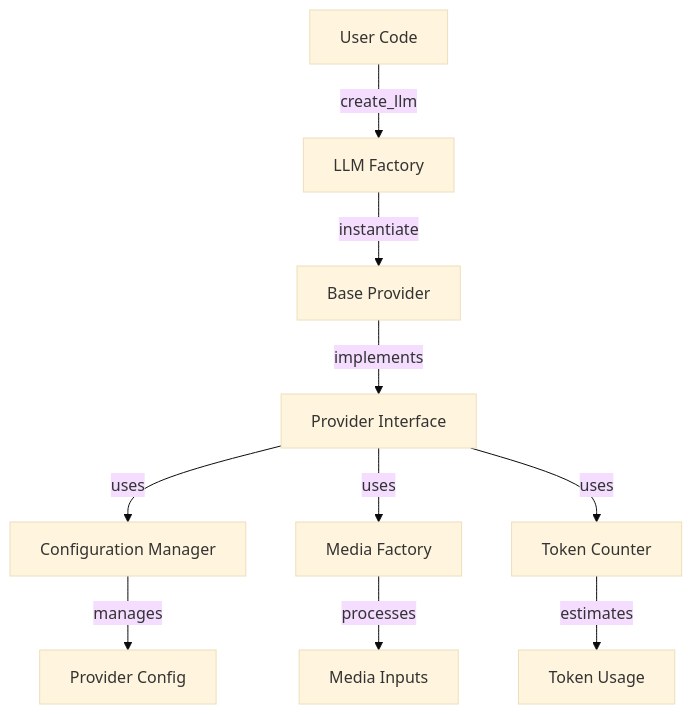
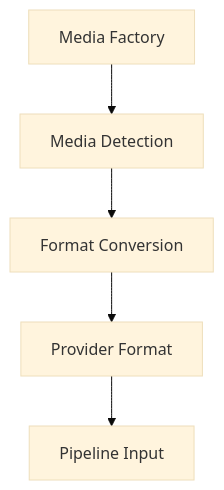
Before and after one commit to lpalbou/AbstractLLM: the fourth of 9 diagrams in docs/architecture.md, drawn with Mermaid (base theme). The commit also changed other lines of this file and 45 other files, not shown here.

````diff
--- a/docs/architecture.md
+++ b/docs/architecture.md
@@ -7,12 +82,7 @@
 ```mermaid
-flowchart TD
-    A[User Code] -->|create_llm| B[LLM Factory]
-    B -->|instantiate| C[Base Provider]
-    C -->|implements| D[Provider Interface]
-    D -->|uses| E[Configuration Manager]
-    D -->|uses| F[Media Factory]
-    D -->|uses| G[Token Counter]
-    E -->|manages| H[Provider Config]
-    F -->|processes| I[Media Inputs]
-    G -->|estimates| J[Token Usage]
+graph TD
+    A[Media Factory] --> B[Media Detection]
+    B --> C[Format Conversion]
+    C --> D[Provider Format]
+    D --> E[Pipeline Input]
 ```
````
